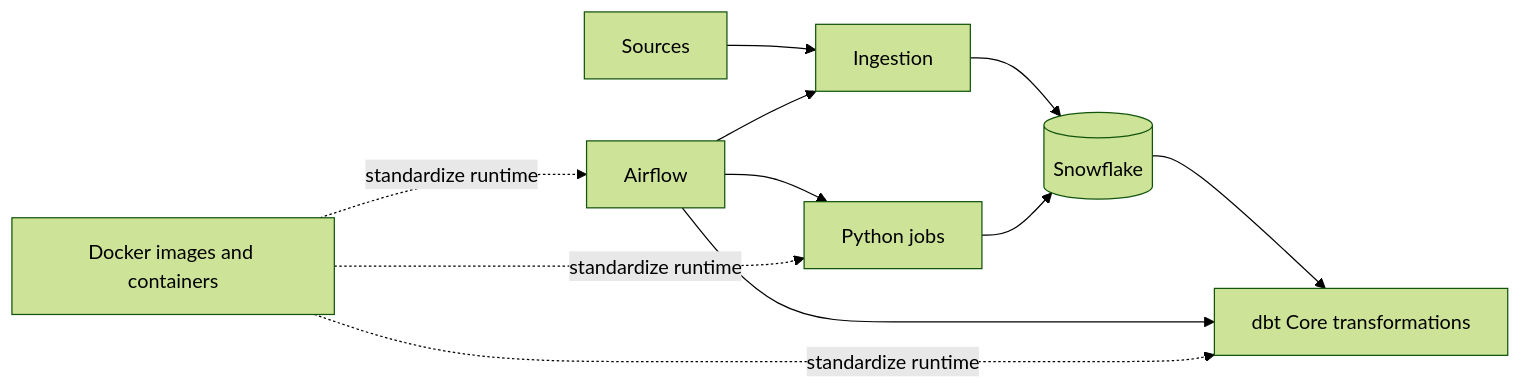
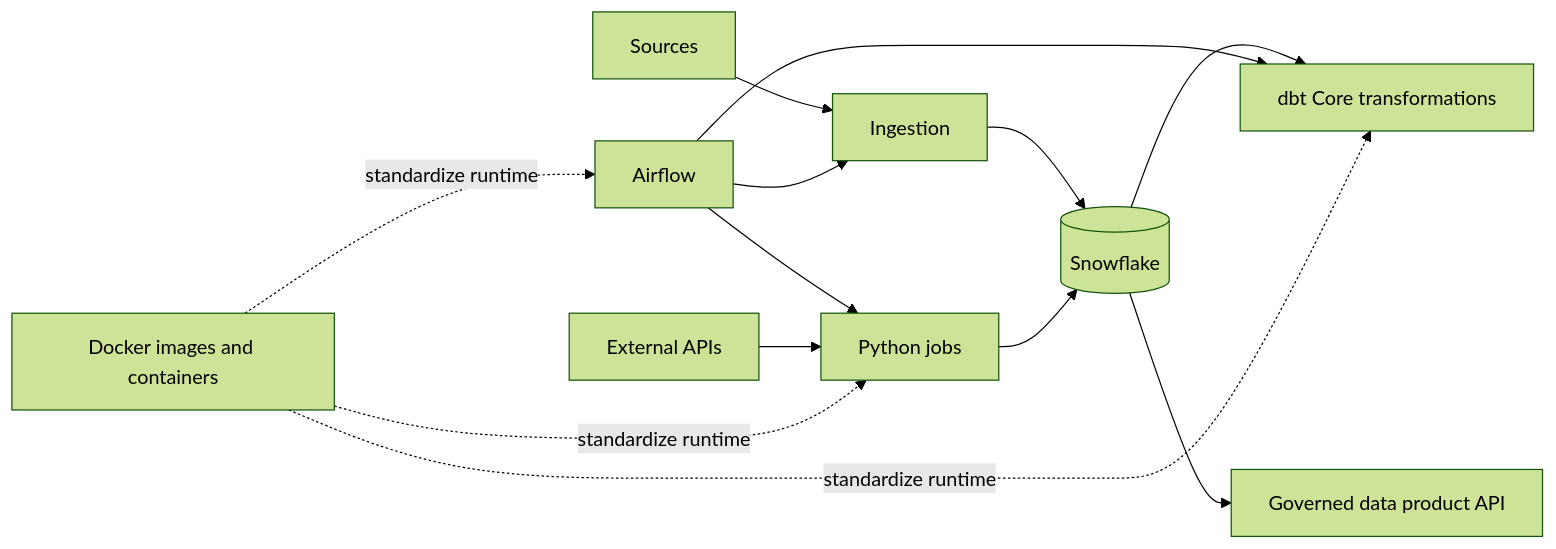
One commit to shonningsoy/Upskill changed the diagram in 80 Comparisons and Decision Notes/Modern Data Stack Overview.md. Above: the diagram before and after it, drawn with Mermaid (forest theme). The commit also changed other lines of this file and 41 other files, not shown here.

````diff
--- a/80 Comparisons and Decision Notes/Modern Data Stack Overview.md
+++ b/80 Comparisons and Decision Notes/Modern Data Stack Overview.md
@@ -25,13 +27,15 @@
 ```mermaid
 flowchart LR
     S["Sources"] --> I["Ingestion"]
     I --> W[("Snowflake")]
     W --> D["dbt Core transformations"]
     A["Airflow"] --> I
     A --> D
     A --> P["Python jobs"]
     P --> W
+    E["External APIs"] --> P
+    W --> Q["Governed data product API"]
     X["Docker images and containers"] -. standardize runtime .-> A
     X -. standardize runtime .-> D
     X -. standardize runtime .-> P
 ```
````
